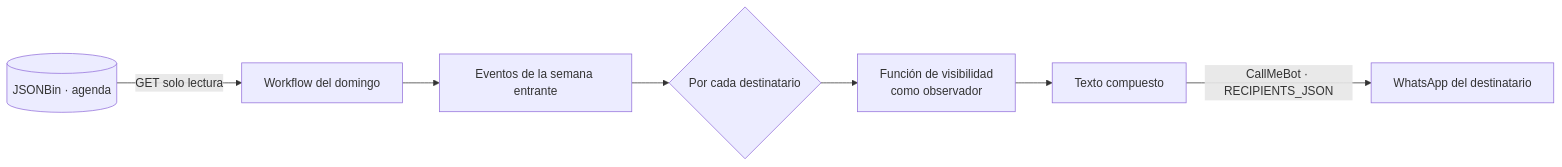
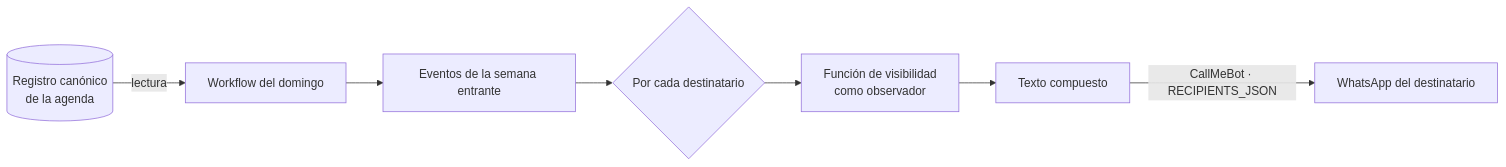
The diagram in specs/plan-semanal.md (oscarini-garcia/garciadoral-ops), drawn with Mermaid before and after one commit. The commit also changed other lines of this file, not shown here.

First line of the commit message:
Plan semanal: dejar la integración agnóstica del almacenamiento

````diff
--- a/specs/plan-semanal.md
+++ b/specs/plan-semanal.md
@@ -147,9 +145,9 @@
 ```mermaid
 flowchart LR
-    A[(JSONBin · agenda)] -->|GET solo lectura| B[Workflow del domingo]
+    A[(Registro canónico<br/>de la agenda)] -->|lectura| B[Workflow del domingo]
     B --> C[Eventos de la semana entrante]
     C --> D{Por cada destinatario}
     D --> E[Función de visibilidad<br/>como observador]
     E --> F[Texto compuesto]
     F -->|CallMeBot · RECIPIENTS_JSON| G[WhatsApp del destinatario]
 ```
````
